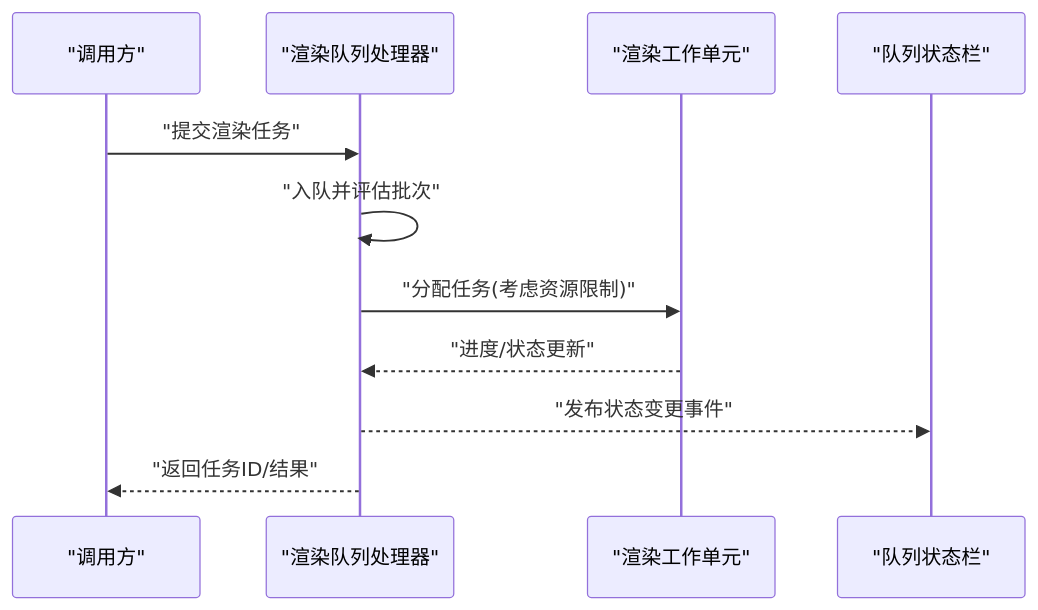
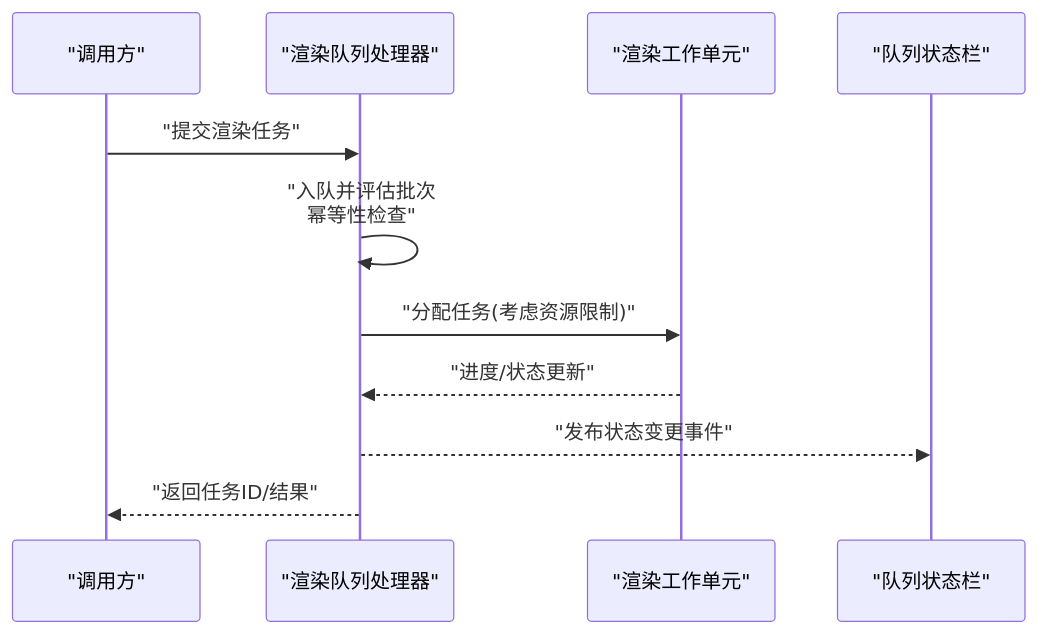
One commit to AIMFllyYS/code-video-canvas changed the seventh of 9 diagrams in .qoder/repowiki/zh/content/核心功能模块/导演系统/队列处理.md. Above: the diagram before and after it, drawn with Mermaid. The commit also changed other lines of this file and 47 other files, not shown here.

````diff
--- a/.qoder/repowiki/zh/content/核心功能模块/导演系统/队列处理.md
+++ b/.qoder/repowiki/zh/content/核心功能模块/导演系统/队列处理.md
@@ -230,13 +334,13 @@
 ```mermaid
 sequenceDiagram
 participant Client as "调用方"
 participant RenderQH as "渲染队列处理器"
 participant Worker as "渲染工作单元"
 participant UI as "队列状态栏"
 Client->>RenderQH : "提交渲染任务"
-RenderQH->>RenderQH : "入队并评估批次"
+RenderQH->>RenderQH : "入队并评估批次<br/>幂等性检查"
 RenderQH->>Worker : "分配任务(考虑资源限制)"
 Worker-->>RenderQH : "进度/状态更新"
 RenderQH-->>UI : "发布状态变更事件"
 RenderQH-->>Client : "返回任务ID/结果"
 ```
````
